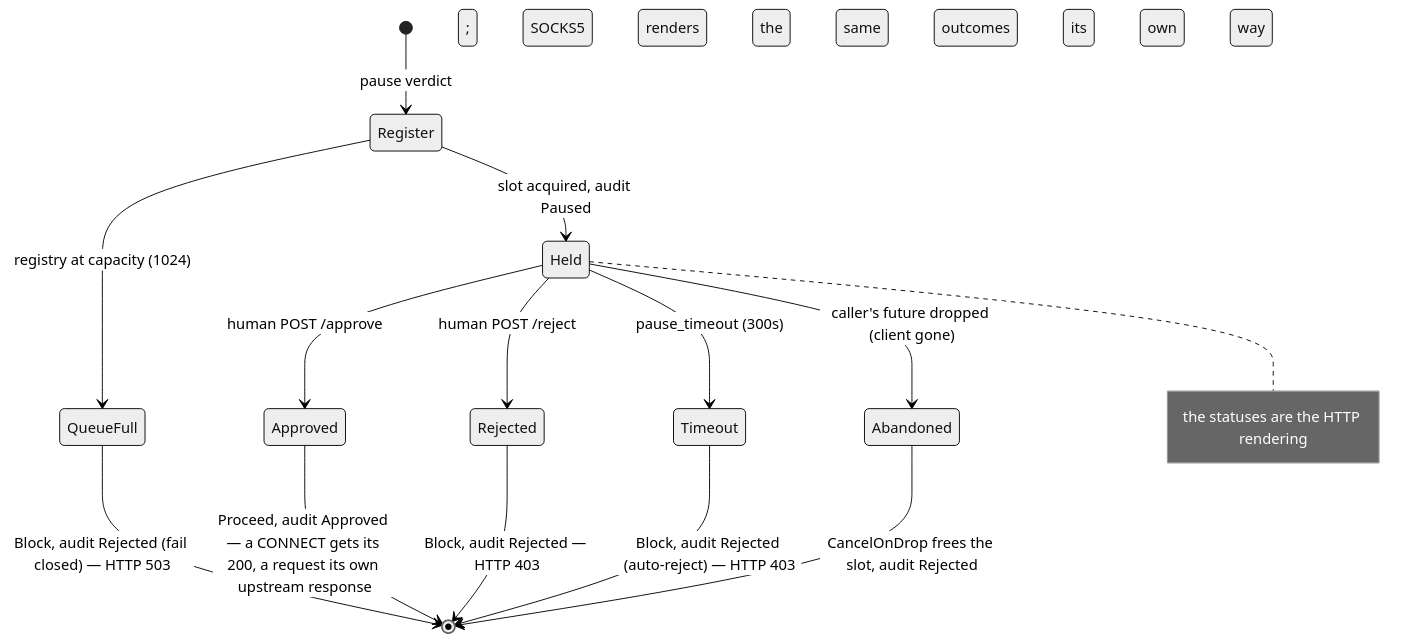
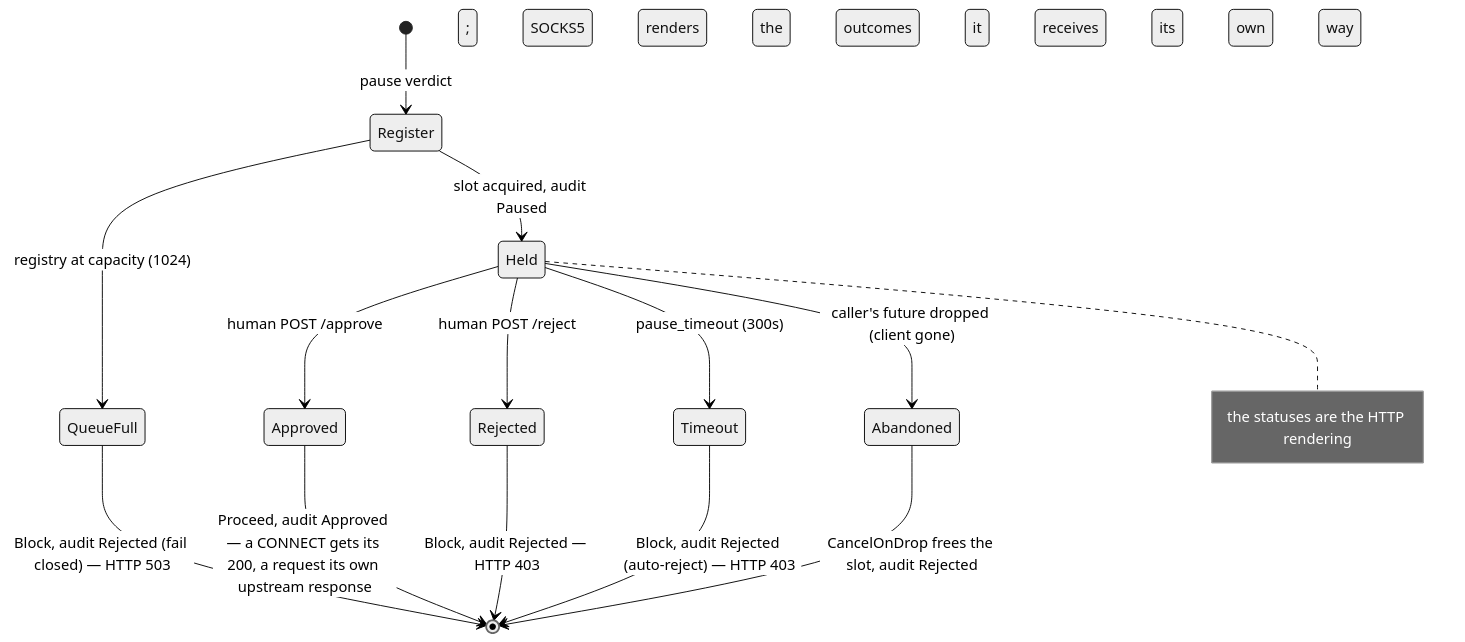
One commit to pleaseai/honmoon changed the second of 3 diagrams in wiki/deep-dive/egress-gateway.md. Above: the diagram before and after it, drawn with Mermaid (neutral theme). The commit also changed other lines of this file and 1 other file, not shown here.

````diff
--- a/wiki/deep-dive/egress-gateway.md
+++ b/wiki/deep-dive/egress-gateway.md
@@ -262,16 +271,16 @@
 ```mermaid
 stateDiagram-v2
   [*] --> Register: pause verdict
   Register --> QueueFull: registry at capacity (1024)
   Register --> Held: slot acquired, audit Paused
   QueueFull --> [*]: Block, audit Rejected (fail closed) — HTTP 503
   Held --> Approved: human POST /approve
   Held --> Rejected: human POST /reject
   Held --> Timeout: pause_timeout (300s)
   Held --> Abandoned: caller's future dropped (client gone)
   Approved --> [*]: Proceed, audit Approved — a CONNECT gets its 200, a request its own upstream response
   Rejected --> [*]: Block, audit Rejected — HTTP 403
   Timeout --> [*]: Block, audit Rejected (auto-reject) — HTTP 403
   Abandoned --> [*]: CancelOnDrop frees the slot, audit Rejected
-  note right of Held: the statuses are the HTTP rendering; SOCKS5 renders the same outcomes its own way
+  note right of Held: the statuses are the HTTP rendering; SOCKS5 renders the outcomes it receives its own way
 ```
````
